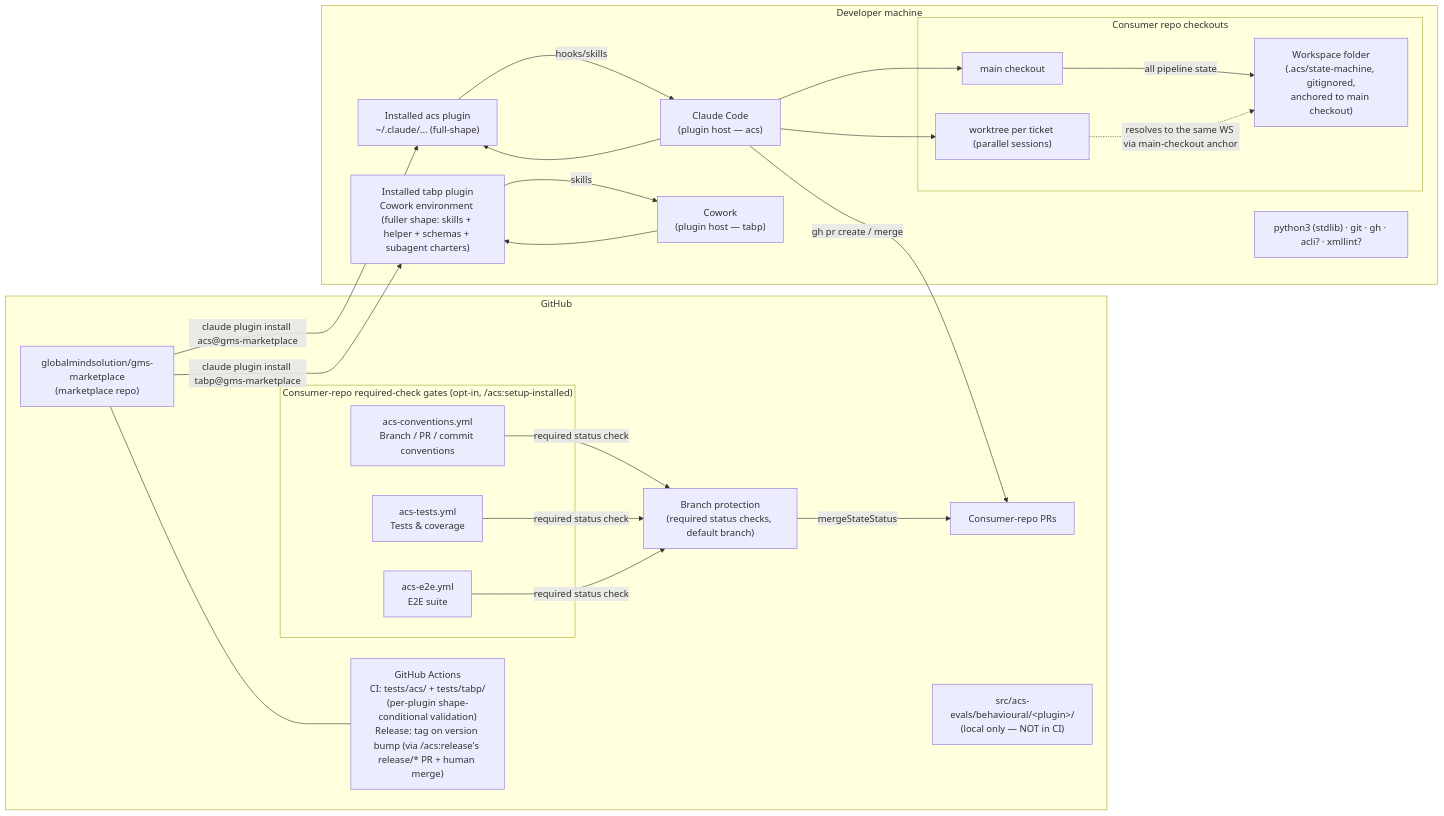
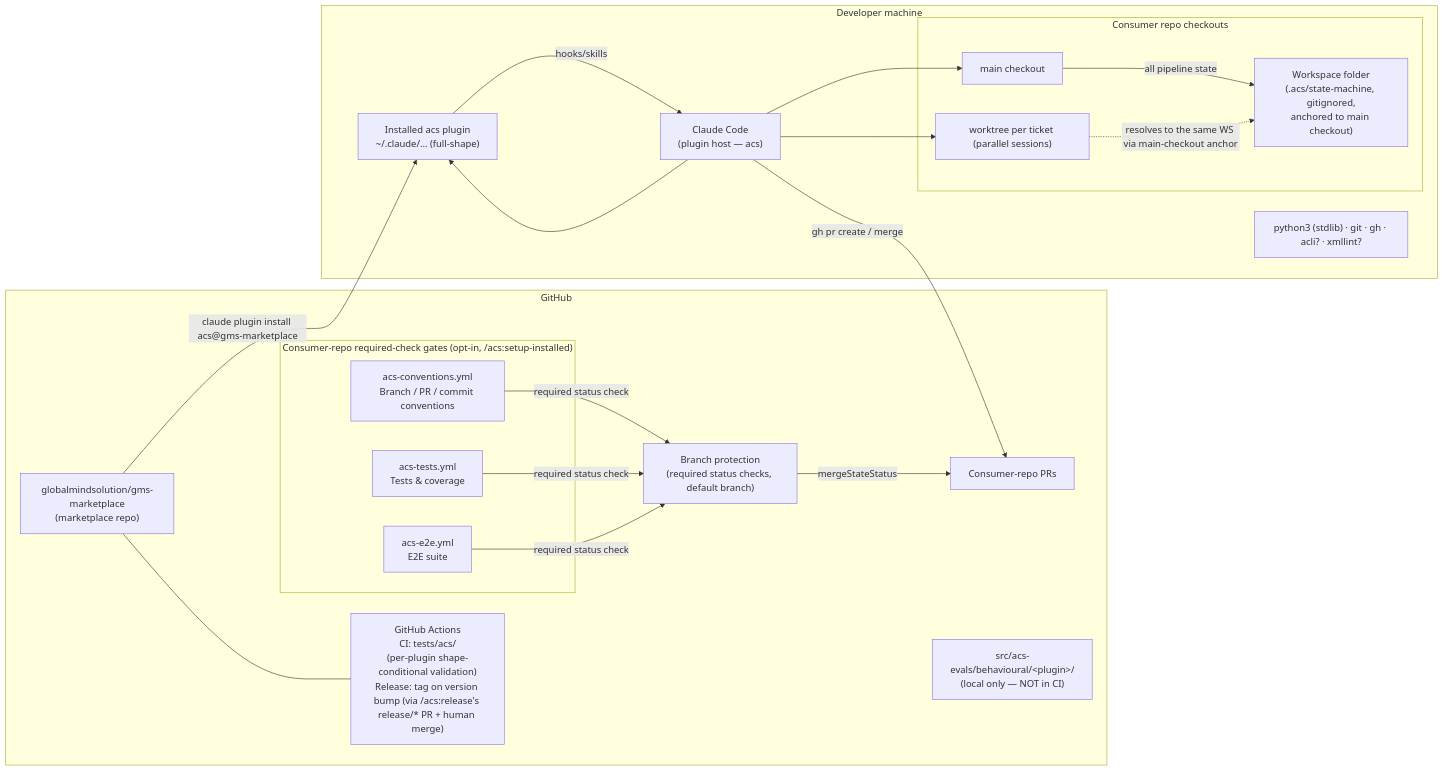
Before and after one commit to globalmindsolution/gms-marketplace: the diagram in docs/architecture/hld/deployment.md, drawn with Mermaid. The commit also changed other lines of this file and 67 other files, not shown here.

````diff
--- a/docs/architecture/hld/deployment.md
+++ b/docs/architecture/hld/deployment.md
@@ -3,42 +3,37 @@
 ```mermaid
 flowchart LR
     subgraph github["GitHub"]
         MR["globalmindsolution/gms-marketplace<br/>(marketplace repo)"]
-        ACT["GitHub Actions<br/>CI: tests/acs/ + tests/tabp/<br/>(per-plugin shape-conditional validation)<br/>Release: tag on version bump (via /acs:release's release/* PR + human merge)"]
+        ACT["GitHub Actions<br/>CI: tests/acs/<br/>(per-plugin shape-conditional validation)<br/>Release: tag on version bump (via /acs:release's release/* PR + human merge)"]
         PRS["Consumer-repo PRs"]
         EVALS["src/acs-evals/behavioural/&lt;plugin&gt;/<br/>(local only — NOT in CI)"]
         subgraph gates["Consumer-repo required-check gates (opt-in, /acs:setup-installed)"]
             G_CONV["acs-conventions.yml<br/>Branch / PR / commit conventions"]
             G_TEST["acs-tests.yml<br/>Tests & coverage"]
             G_E2E["acs-e2e.yml<br/>E2E suite"]
         end
         BP["Branch protection<br/>(required status checks, default branch)"]
     end
 
     subgraph machine["Developer machine"]
         CC["Claude Code<br/>(plugin host — acs)"]
-        CW["Cowork<br/>(plugin host — tabp)"]
         PI_ACS["Installed acs plugin<br/>~/.claude/... (full-shape)"]
-        PI_TABP["Installed tabp plugin<br/>Cowork environment (fuller shape: skills + helper + schemas + subagent charters)"]
         subgraph checkouts["Consumer repo checkouts"]
             CO1["main checkout"]
             CO2["worktree per ticket (parallel sessions)"]
             WS["Workspace folder<br/>(.acs/state-machine, gitignored,<br/>anchored to main checkout)"]
         end
         PY["python3 (stdlib) · git · gh · acli? · xmllint?"]
     end
 
     MR -- "claude plugin install acs@gms-marketplace" --> PI_ACS
-    MR -- "claude plugin install tabp@gms-marketplace" --> PI_TABP
     MR --- ACT
     CC --> PI_ACS
     PI_ACS -- hooks/skills --> CC
-    CW --> PI_TABP
-    PI_TABP -- skills --> CW
     CC --> CO1 & CO2
     CO1 -- "all pipeline state" --> WS
     CO2 -. "resolves to the same WS via main-checkout anchor" .-> WS
     CC -- "gh pr create / merge" --> PRS
     G_CONV & G_TEST & G_E2E -- "required status check" --> BP
     BP -- "mergeStateStatus" --> PRS
 ```
````
